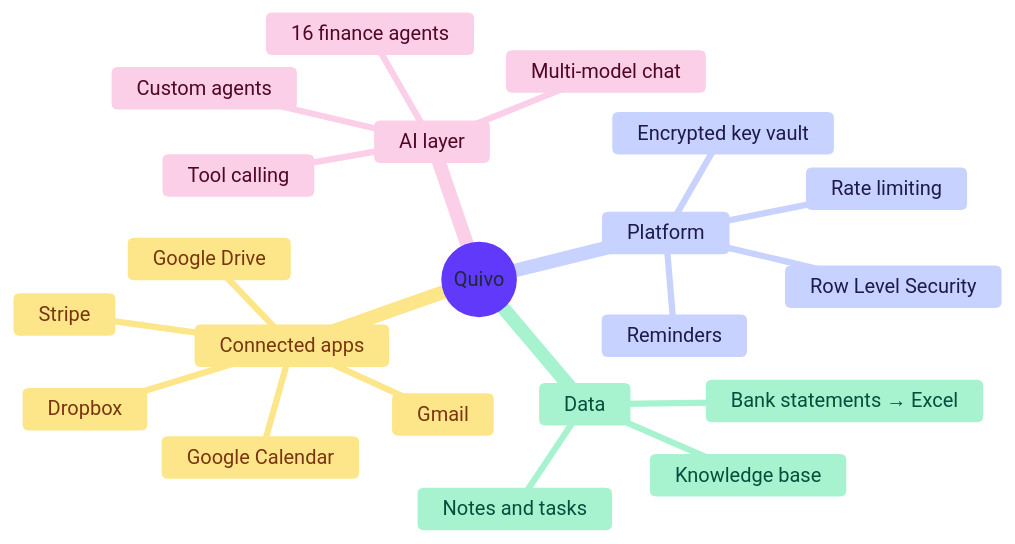
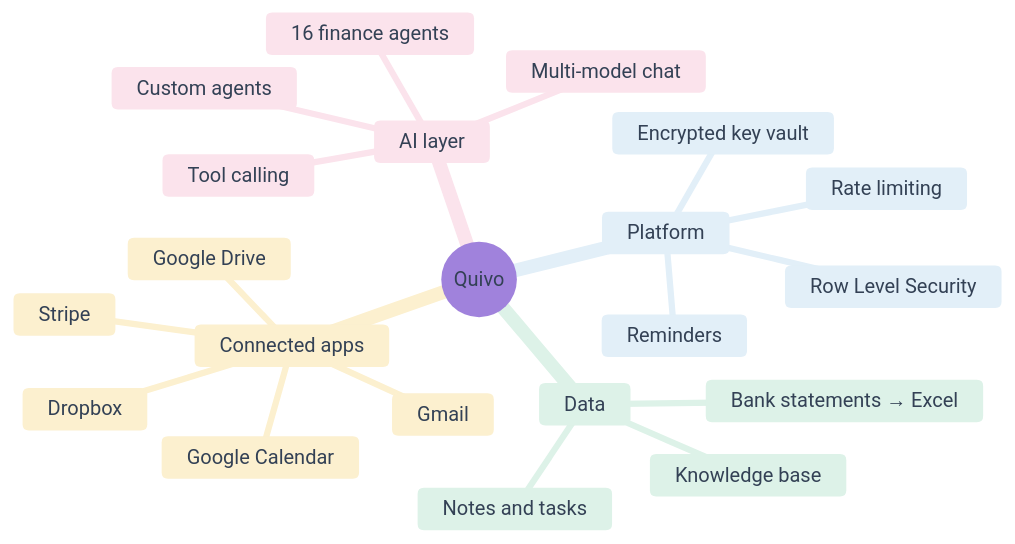
One commit to sowaxer/quivo-app changed the second of 5 diagrams in README.md. Above: the diagram before and after it, drawn with Mermaid. The commit also changed other lines of this file, not shown here.

First line of the commit message:
README: uniform light pastel palette for all diagrams

````diff
--- a/README.md
+++ b/README.md
@@ -79,25 +79,25 @@
 ```mermaid
-%%{init: {'theme': 'base', 'themeVariables': {'primaryColor': '#C4B5FD', 'primaryTextColor': '#1F2937', 'primaryBorderColor': '#A78BFA', 'cScale0': '#DDD6FE', 'cScaleLabel0': '#2E1065', 'cScale1': '#FBCFE8', 'cScaleLabel1': '#500724', 'cScale2': '#A7F3D0', 'cScaleLabel2': '#064E3B', 'cScale3': '#FDE68A', 'cScaleLabel3': '#78350F', 'cScale4': '#C7D2FE', 'cScaleLabel4': '#1E1B4B', 'cScale5': '#BAE6FD', 'cScaleLabel5': '#0C4A6E', 'cScale6': '#FED7AA', 'cScaleLabel6': '#7C2D12', 'cScale7': '#E9D5FF', 'cScaleLabel7': '#3B0764', 'cScale8': '#BBF7D0', 'cScaleLabel8': '#14532D', 'cScale9': '#FECDD3', 'cScaleLabel9': '#4C0519', 'cScale10': '#BFDBFE', 'cScaleLabel10': '#1E3A8A', 'cScale11': '#FEF08A', 'cScaleLabel11': '#713F12'}}}%%
+%%{init: {'theme': 'base', 'themeVariables': {'primaryColor': '#ECE6F8', 'primaryTextColor': '#334155', 'primaryBorderColor': '#D5C8F0', 'lineColor': '#CBD5E1', 'cScale0': '#E3E6FB', 'cScaleLabel0': '#334155', 'cScale1': '#FBE3EC', 'cScaleLabel1': '#334155', 'cScale2': '#DDF2E8', 'cScaleLabel2': '#334155', 'cScale3': '#FCF0CF', 'cScaleLabel3': '#334155', 'cScale4': '#E2EFF8', 'cScaleLabel4': '#334155', 'cScale5': '#ECE6F8', 'cScaleLabel5': '#334155', 'cScale6': '#E3E6FB', 'cScaleLabel6': '#334155', 'cScale7': '#FBE3EC', 'cScaleLabel7': '#334155', 'cScale8': '#DDF2E8', 'cScaleLabel8': '#334155', 'cScale9': '#FCF0CF', 'cScaleLabel9': '#334155', 'cScale10': '#E2EFF8', 'cScaleLabel10': '#334155', 'cScale11': '#ECE6F8', 'cScaleLabel11': '#334155'}}}%%
 mindmap
   root((Quivo))
     AI layer
       Multi-model chat
       16 finance agents
       Custom agents
       Tool calling
     Data
       Knowledge base
       Bank statements → Excel
       Notes and tasks
     Connected apps
       Gmail
       Google Calendar
       Google Drive
       Dropbox
       Stripe
     Platform
       Encrypted key vault
       Row Level Security
       Rate limiting
       Reminders
 ```
````
